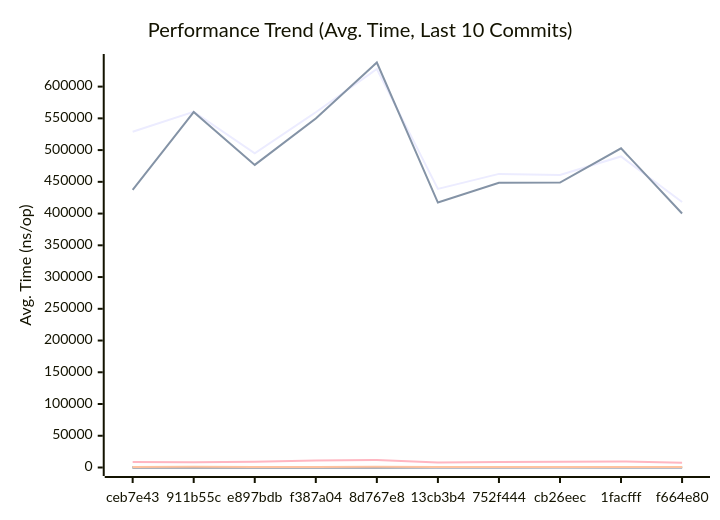
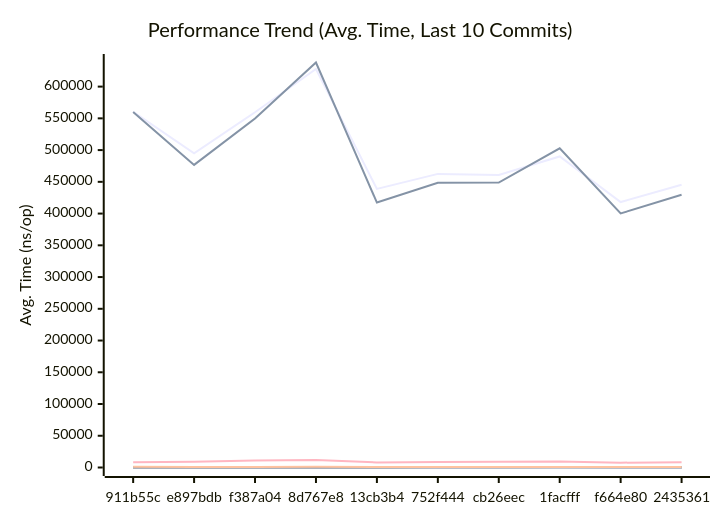
The first of 3 diagrams in docs/PERFORMANCE.md (alsotoes/momo), drawn with Mermaid before and after one commit. The commit also changed other lines of this file and 4 other files, not shown here.

````diff
--- a/docs/PERFORMANCE.md
+++ b/docs/PERFORMANCE.md
@@ -145,20 +145,20 @@
 ```mermaid
 xychart-beta
     title "Performance Trend (Avg. Time, Last 10 Commits)"
     x-axis "Commit"
     y-axis "Avg. Time (ns/op)"
-    x-axis [ceb7e43,911b55c,e897bdb,f387a04,8d767e8,13cb3b4,752f444,cb26eec,1facfff,f664e80]
-    line "AWSChunkedReaderSigned" [528932,560369,495010,559620,627798,438813,462513,460953,489981,418132]
-    line "AWSChunkedReaderUnsigned" [437150,559938,476646,549790,637979,417363,448517,448767,502752,400163]
-    line "CheckMetricsAndSwap" [9,12,10,10,10,8,9,9,10,7]
-    line "CrushOptimized" [369,320,353,417,536,370,424,329,313,300]
-    line "CrushOriginal" [431,406,535,558,630,460,605,462,474,395]
+    x-axis [911b55c,e897bdb,f387a04,8d767e8,13cb3b4,752f444,cb26eec,1facfff,f664e80,2435361]
+    line "AWSChunkedReaderSigned" [560369,495010,559620,627798,438813,462513,460953,489981,418132,445480]
+    line "AWSChunkedReaderUnsigned" [559938,476646,549790,637979,417363,448517,448767,502752,400163,429616]
+    line "CheckMetricsAndSwap" [12,10,10,10,8,9,9,10,7,10]
+    line "CrushOptimized" [320,353,417,536,370,424,329,313,300,312]
+    line "CrushOriginal" [406,535,558,630,460,605,462,474,395,425]
     line "IndexDirectTracking" [0,0,0,0,0,0,0,0,0,0]
     line "IndexSearch" [3,3,3,3,3,3,3,3,3,3]
-    line "LoadGlobalConfig" [8630,8163,9243,10867,11980,7965,8740,9209,9546,7608]
-    line "PadString" [42,39,46,56,63,39,42,51,49,39]
+    line "LoadGlobalConfig" [8163,9243,10867,11980,7965,8740,9209,9546,7608,8334]
+    line "PadString" [39,46,56,63,39,42,51,49,39,48]
     line "ParseReplicationOrder_NoPrealloc" [350,349,357,354,345,225,229,165,232,234]
     line "ParseReplicationOrder_Prealloc" [229,231,237,234,229,108,107,80,110,109]
-    line "SanitizeLog/Safe" [221,218,262,255,336,234,225,309,240,224]
-    line "SanitizeLog/Unsafe" [707,1259,759,960,1005,654,741,781,861,650]
+    line "SanitizeLog/Safe" [218,262,255,336,234,225,309,240,224,276]
+    line "SanitizeLog/Unsafe" [1259,759,960,1005,654,741,781,861,650,671]
 ```
````
